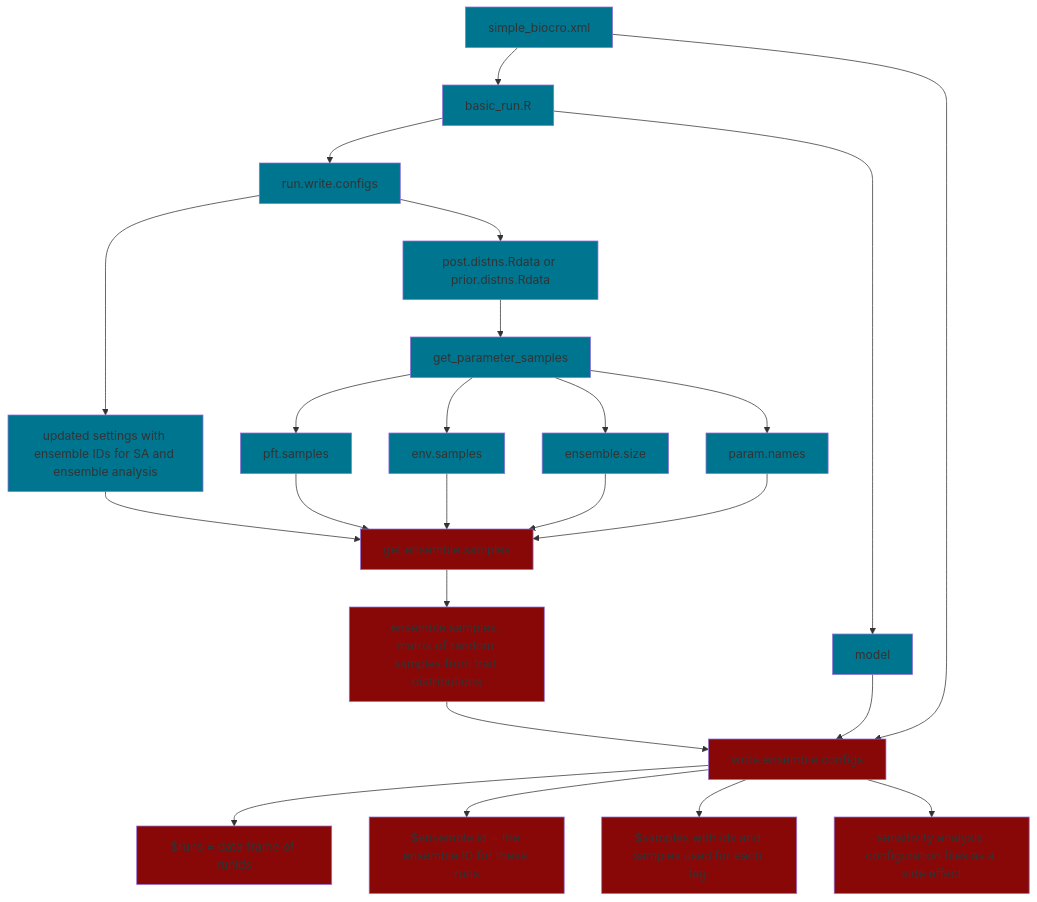
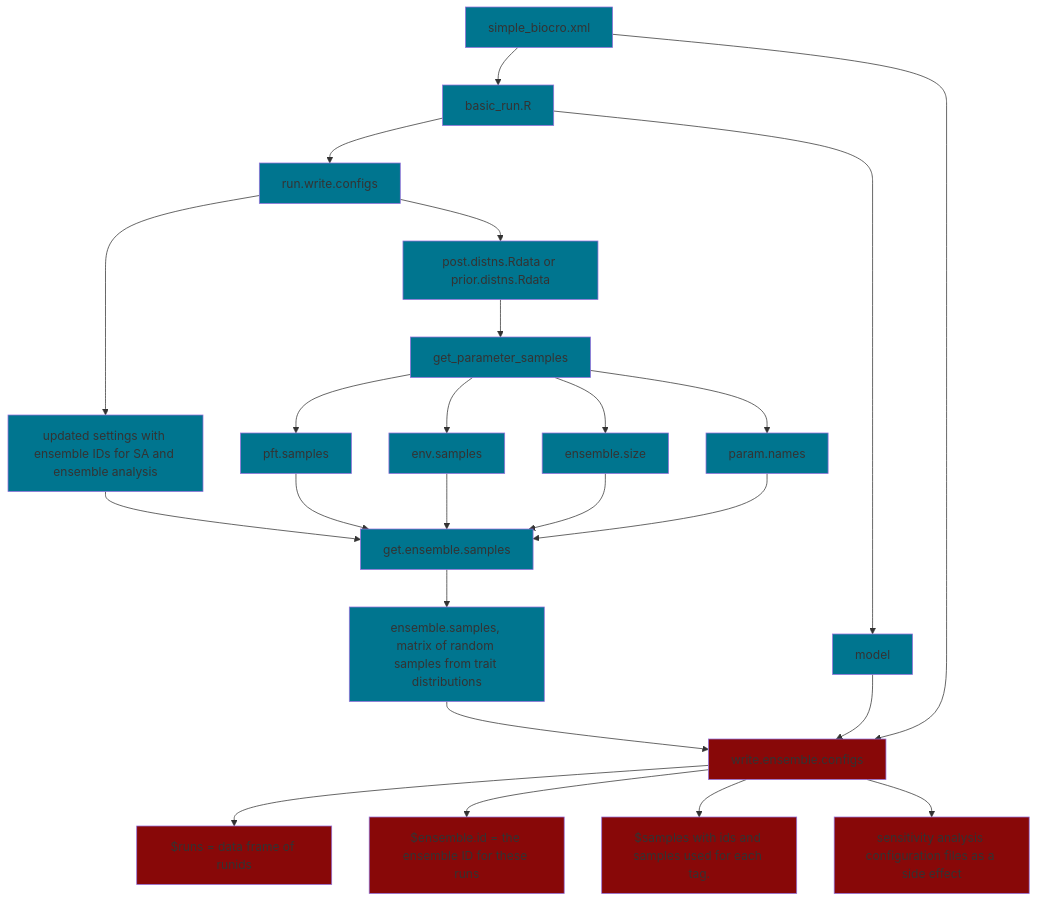
One commit to ecamo19/gsoc_project_2022_vm changed the diagram in README.md. Above: the diagram before and after it, drawn with Mermaid.

````diff
--- a/README.md
+++ b/README.md
@@ -47,62 +47,63 @@
 ```mermaid
   graph TD;
       
       simple_biocro.xml-->basic_run.R;
       
       basic_run.R-->run.write.configs;
       basic_run.R-->model;
       
       
       run.write.configs-->output_1[updated settings with ensemble IDs for SA and ensemble analysis ];
       run.write.configs-->posterior.files[post.distns.Rdata or prior.distns.Rdata];
       output_1[updated settings with ensemble IDs for SA and ensemble analysis]-->get.ensemble.samples;
       
       posterior.files[post.distns.Rdata or prior.distns.Rdata]-->get_parameter_samples;
       
       input_get_ensemble_1[pft.samples]-->get.ensemble.samples;
       input_get_ensemble_2[env.samples]-->get.ensemble.samples;
       input_get_ensemble_3[ensemble.size]-->get.ensemble.samples;
       input_get_ensemble_4[param.names]-->get.ensemble.samples;
       
       get_parameter_samples-->input_get_ensemble_1[pft.samples];  
       get_parameter_samples-->input_get_ensemble_2[env.samples];
       get_parameter_samples-->input_get_ensemble_3[ensemble.size];
       get_parameter_samples-->input_get_ensemble_4[param.names];
       
       get.ensemble.samples-->output_get_ensemble[ensemble.samples, matrix of random samples from trait distributions];
       
       output_get_ensemble[ensemble.samples, matrix of random samples from trait distributions]-->write.ensemble.configs;
       model-->write.ensemble.configs;
       simple_biocro.xml-->write.ensemble.configs;
       
       write.ensemble.configs-->output_write_ensemble_1[$runs = data frame of runids];
       write.ensemble.configs-->output_write_ensemble_2[$ensemble.id = the ensemble ID for these runs];
       write.ensemble.configs-->output_write_ensemble_3[$samples with ids and samples used for each tag.];
       write.ensemble.configs-->output_write_ensemble_4[sensitivity analysis configuration files as a side effect];
       
       %% Blue color boxes
       
       style get_parameter_samples fill:#00758f
       style basic_run.R fill:#00758f
       style output_1 fill:#00758f
       style run.write.configs fill:#00758f
       style simple_biocro.xml fill:#00758f
       style posterior.files fill:#00758f
       
       style input_get_ensemble_1 fill:#00758f
       style input_get_ensemble_2 fill:#00758f
       style input_get_ensemble_3 fill:#00758f
       style input_get_ensemble_4 fill:#00758f
       style model fill:#00758f 
+      style get.ensemble.samples fill:#00758f
+       style output_get_ensemble fill:#00758f 
       
       %% Red color boxes  
-      style get.ensemble.samples fill:#880808
-      style output_get_ensemble  fill:#880808 
       
+     
       style write.ensemble.configs fill:#880808
       style output_write_ensemble_1 fill:#880808
       style output_write_ensemble_2 fill:#880808
       style output_write_ensemble_3 fill:#880808
       style output_write_ensemble_4 fill:#880808
       
 ```
````
